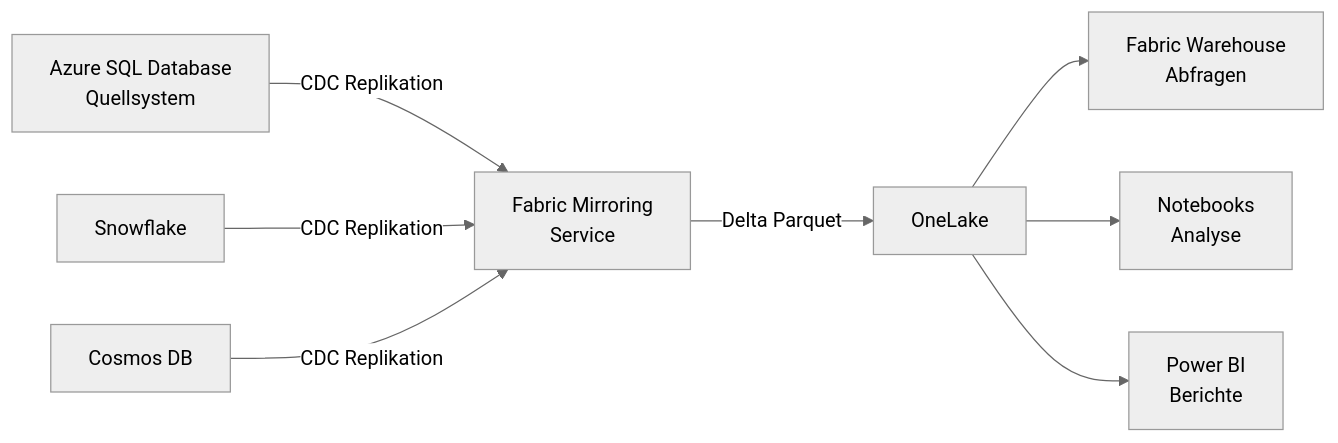
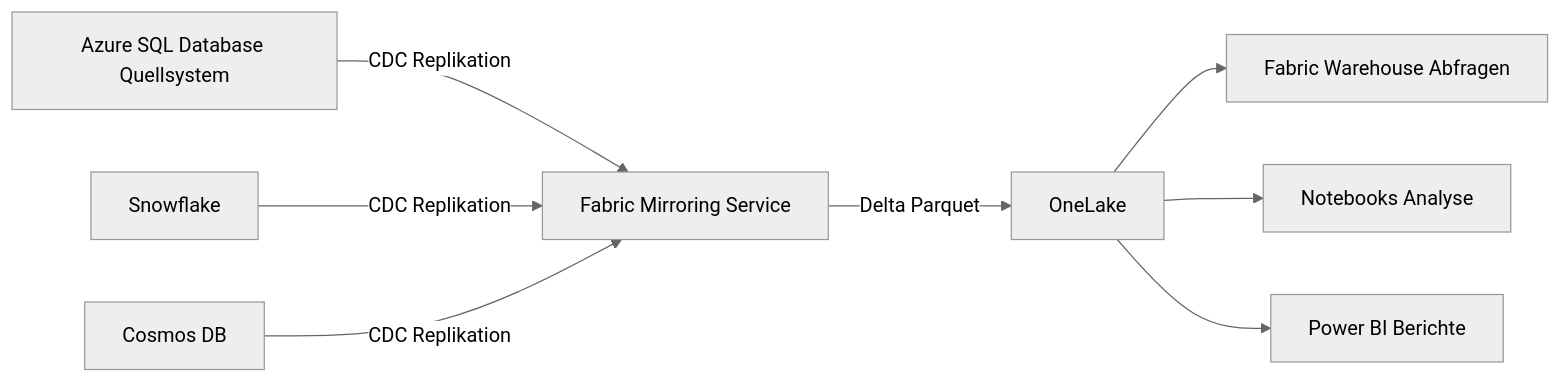
One commit to SoniiiT/notes-n-docs changed the third of 3 diagrams in Microsoft 365/Azure/Fabric/Fabric Data Warehouse.md. Above: the diagram before and after it, drawn with Mermaid (neutral theme). The commit also changed other lines of this file and 124 other files, not shown here.

First line of the commit message:
fix: Entferne \n aus allen Mermaid-Diagrammen (125 Dateien)

````diff
--- a/Microsoft 365/Azure/Fabric/Fabric Data Warehouse.md
+++ b/Microsoft 365/Azure/Fabric/Fabric Data Warehouse.md
@@ -294,10 +294,10 @@
 ```mermaid
 graph LR
-    AZ_SQL[Azure SQL Database\nQuellsystem] -->|CDC Replikation| MIRROR[Fabric Mirroring\nService]
+    AZ_SQL[Azure SQL Database Quellsystem] -->|CDC Replikation| MIRROR[Fabric Mirroring Service]
     SNOW[Snowflake] -->|CDC Replikation| MIRROR
     COSMOS[Cosmos DB] -->|CDC Replikation| MIRROR
     MIRROR -->|Delta Parquet| OL[OneLake]
-    OL --> FW[Fabric Warehouse\nAbfragen]
-    OL --> NB[Notebooks\nAnalyse]
-    OL --> PBI[Power BI\nBerichte]
+    OL --> FW[Fabric Warehouse Abfragen]
+    OL --> NB[Notebooks Analyse]
+    OL --> PBI[Power BI Berichte]
 ```
````
